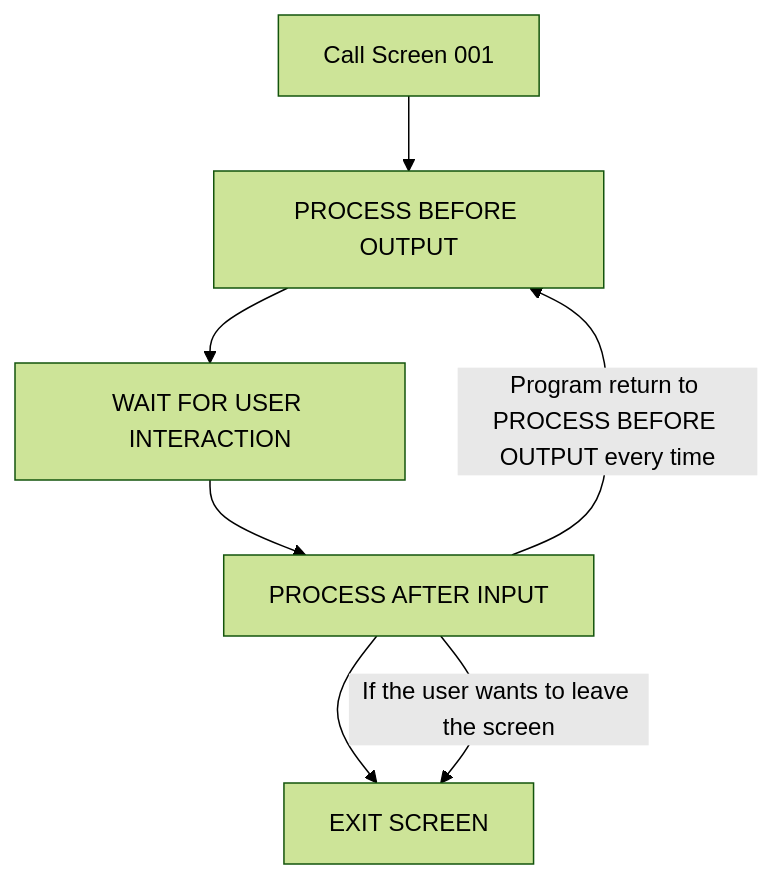
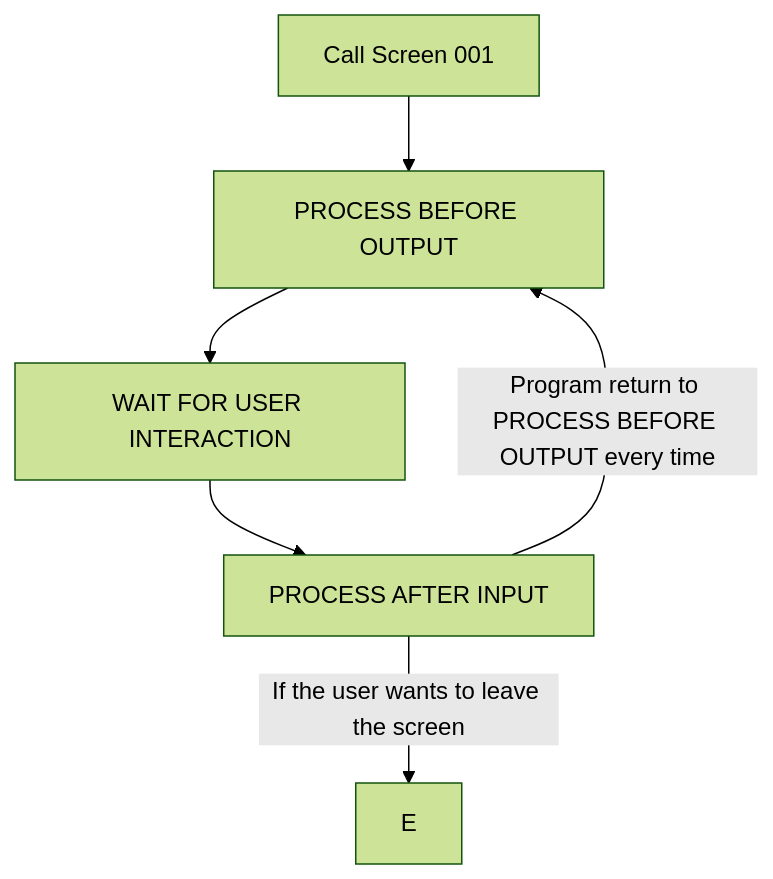
The diagram in Exercice4.md (Fabeure/ABAP-Initiation), drawn with Mermaid (forest theme) before and after one commit.

````diff
--- a/Exercice4.md
+++ b/Exercice4.md
@@ -37,10 +37,9 @@
     ``` mermaid
       graph TD;
             A[Call Screen 001]-->B[PROCESS BEFORE OUTPUT];
             B[PROCESS BEFORE OUTPUT]-->C[WAIT FOR USER INTERACTION];
             C[WAIT FOR USER INTERACTION]-->D[PROCESS AFTER INPUT];
-            D-->E[EXIT SCREEN];
             D -- If the user wants to leave the screen -->E;
             D -- Program return to PROCESS BEFORE OUTPUT every time -->B;
             
     ```
````
